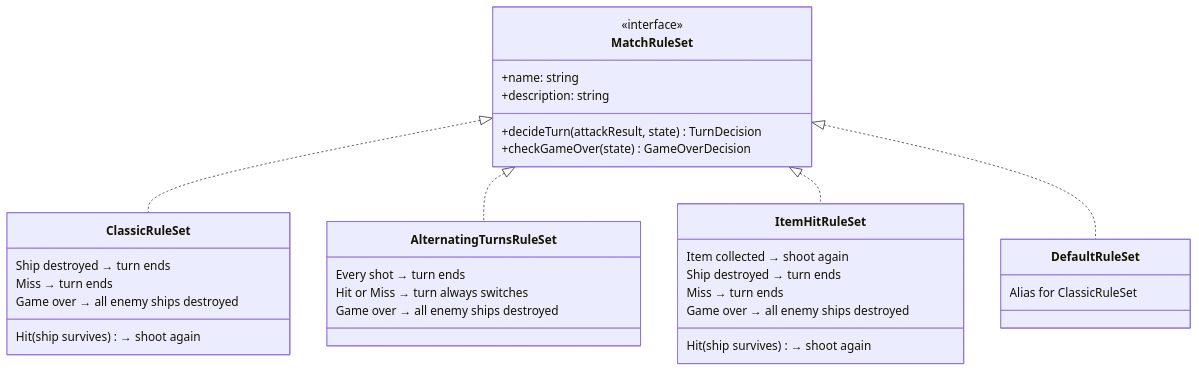
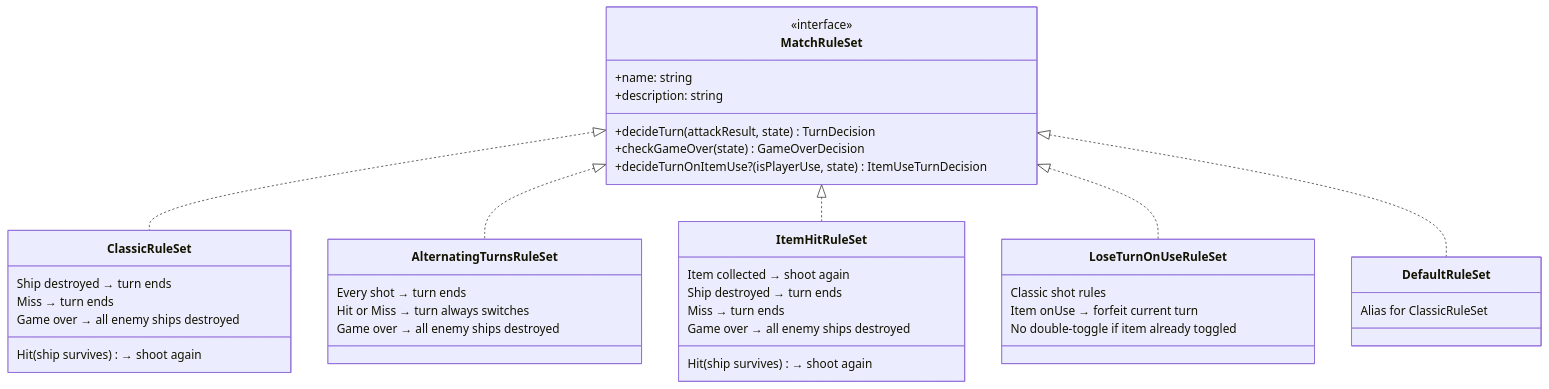
Before and after one commit to alexsantos-eth/armada-engine: the fourth of 11 diagrams in docs/core-architecture.md, drawn with Mermaid. The commit also changed other lines of this file and 4 other files, not shown here.

````diff
--- a/docs/core-architecture.md
+++ b/docs/core-architecture.md
@@ -164,40 +164,48 @@
 ```mermaid
 classDiagram
     class MatchRuleSet {
         <<interface>>
         +name: string
         +description: string
         +decideTurn(attackResult, state) TurnDecision
         +checkGameOver(state) GameOverDecision
+        +decideTurnOnItemUse?(isPlayerUse, state) ItemUseTurnDecision
     }
 
     class ClassicRuleSet {
         Hit (ship survives) → shoot again
         Ship destroyed → turn ends
         Miss → turn ends
         Game over → all enemy ships destroyed
     }
 
     class AlternatingTurnsRuleSet {
         Every shot → turn ends
         Hit or Miss → turn always switches
         Game over → all enemy ships destroyed
     }
 
     class ItemHitRuleSet {
         Item collected → shoot again
         Hit (ship survives) → shoot again
         Ship destroyed → turn ends
         Miss → turn ends
         Game over → all enemy ships destroyed
     }
 
+    class LoseTurnOnUseRuleSet {
+        Classic shot rules
+        Item onUse → forfeit current turn
+        No double-toggle if item already toggled
+    }
+
     class DefaultRuleSet {
         Alias for ClassicRuleSet
     }
 
     MatchRuleSet <|.. ClassicRuleSet
     MatchRuleSet <|.. AlternatingTurnsRuleSet
     MatchRuleSet <|.. ItemHitRuleSet
+    MatchRuleSet <|.. LoseTurnOnUseRuleSet
     MatchRuleSet <|.. DefaultRuleSet
 ```
````
